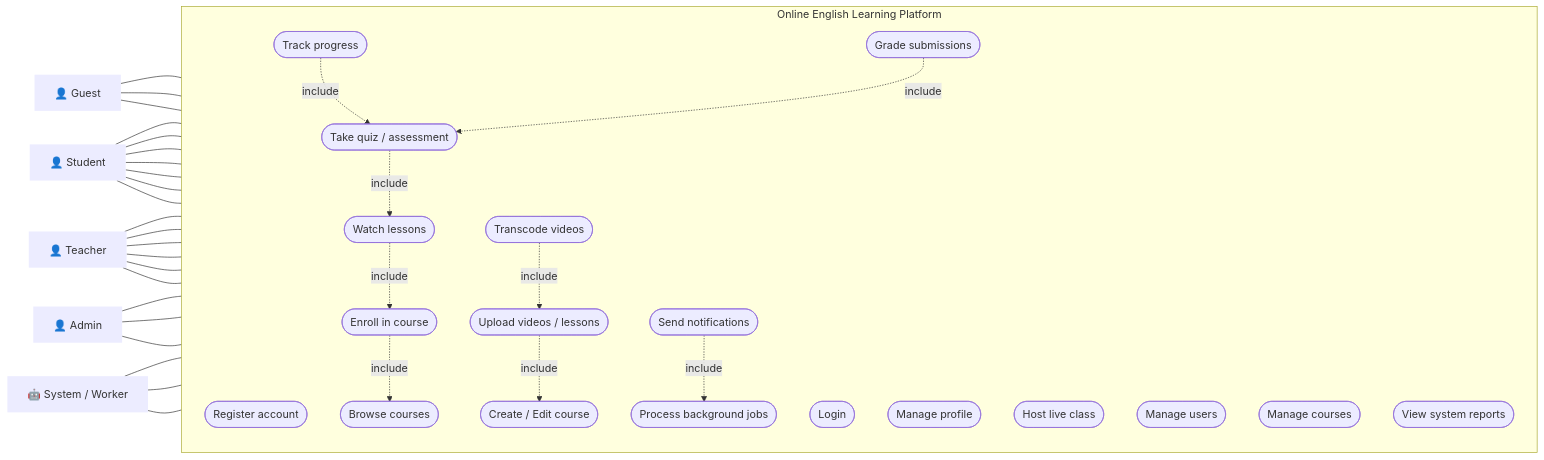
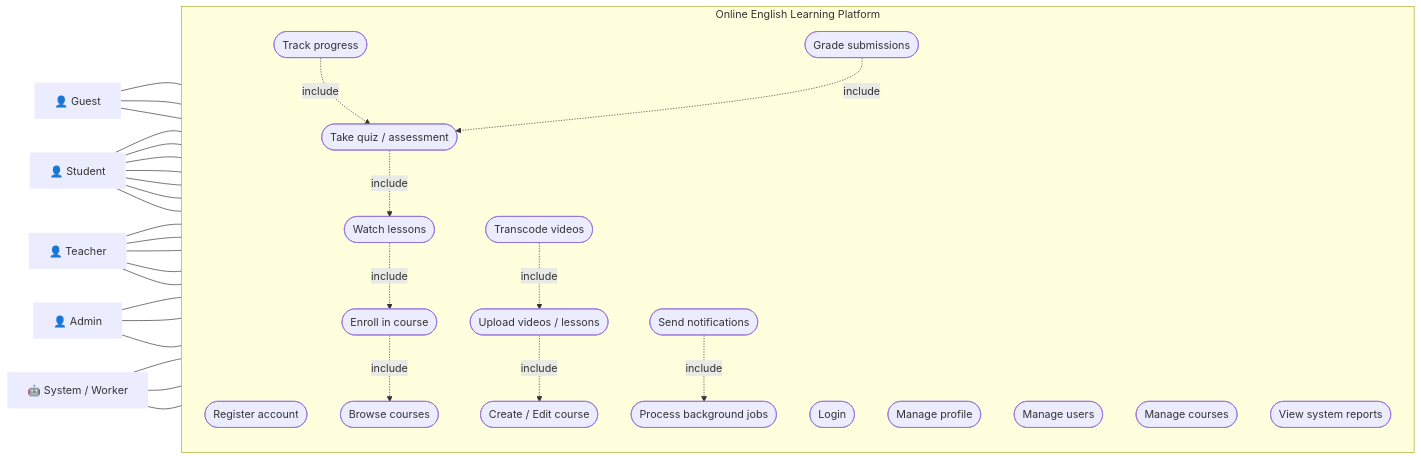
One commit to touanu/ttcn2 changed the first of 7 diagrams in docs/ARCHITECTURE.md. Above: the diagram before and after it, drawn with Mermaid. The commit also changed other lines of this file and 88 other files, not shown here.

````diff
--- a/docs/ARCHITECTURE.md
+++ b/docs/ARCHITECTURE.md
@@ -18,73 +18,71 @@
 ```mermaid
 flowchart LR
   rG["👤 Guest"]:::role
   rS["👤 Student"]:::role
   rT["👤 Teacher"]:::role
   rA["👤 Admin"]:::role
   rSys["🤖 System / Worker"]:::role
 
   subgraph S["Online English Learning Platform"]
     direction TB
 
     ucRegister([Register account])
     ucLogin([Login])
     ucProfile([Manage profile])
 
     ucBrowse([Browse courses])
     ucEnroll([Enroll in course])
     ucLearn([Watch lessons])
     ucQuiz([Take quiz / assessment])
     ucProgress([Track progress])
 
     ucCreateC([Create / Edit course])
     ucUpload([Upload videos / lessons])
     ucGrade([Grade submissions])
-    ucLive([Host live class])
 
     ucManageUsers([Manage users])
     ucManageCourses([Manage courses])
     ucReports([View system reports])
 
     ucNotify([Send notifications])
     ucJobs([Process background jobs])
     ucTranscode([Transcode videos])
   end
 
   rG --- ucRegister
   rG --- ucLogin
   rG --- ucBrowse
 
   rS --- ucLogin
   rS --- ucProfile
   rS --- ucBrowse
   rS --- ucEnroll
   rS --- ucLearn
   rS --- ucQuiz
   rS --- ucProgress
 
   rT --- ucLogin
   rT --- ucProfile
   rT --- ucCreateC
   rT --- ucUpload
   rT --- ucGrade
-  rT --- ucLive
 
   rA --- ucManageUsers
   rA --- ucManageCourses
   rA --- ucReports
 
   rSys --- ucNotify
   rSys --- ucJobs
   rSys --- ucTranscode
 
   ucEnroll -. include .-> ucBrowse
   ucLearn -. include .-> ucEnroll
   ucQuiz -. include .-> ucLearn
   ucProgress -. include .-> ucQuiz
   ucUpload -. include .-> ucCreateC
   ucGrade -. include .-> ucQuiz
   ucTranscode -. include .-> ucUpload
   ucNotify -. include .-> ucJobs
 
   classDef role stroke-width:0px;
 ```
````
